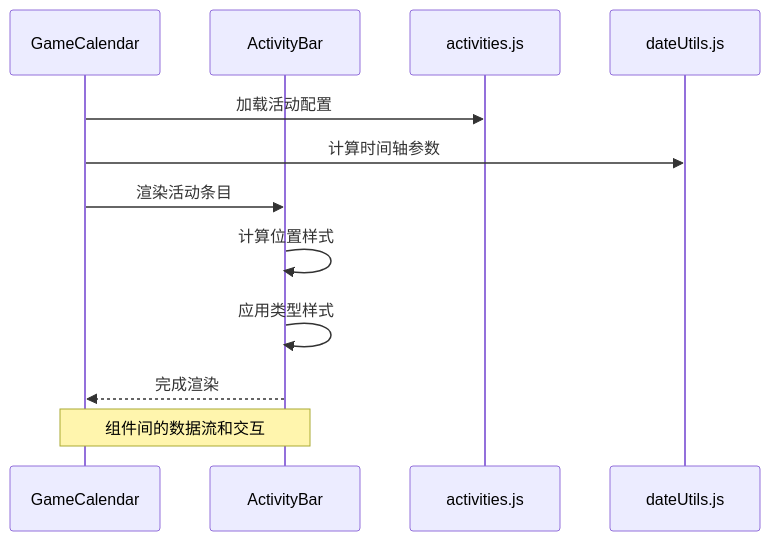
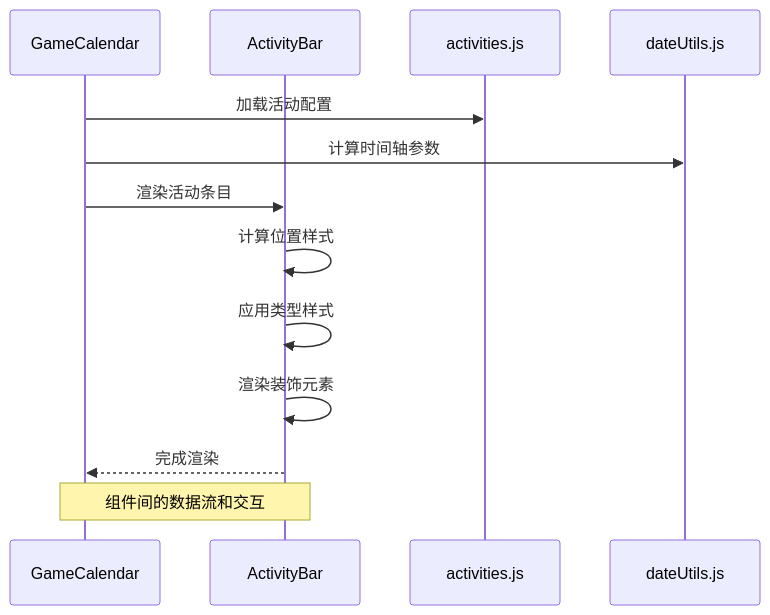
One commit to xuanyulingnfeg/gameCalendar changed the second of 7 diagrams in .qoder/repowiki/zh/content/核心组件/ActivityBar 活动条目组件.md. Above: the diagram before and after it, drawn with Mermaid. The commit also changed other lines of this file and 7 other files, not shown here.

````diff
--- a/.qoder/repowiki/zh/content/核心组件/ActivityBar 活动条目组件.md
+++ b/.qoder/repowiki/zh/content/核心组件/ActivityBar 活动条目组件.md
@@ -115,14 +129,15 @@
 ```mermaid
 sequenceDiagram
 participant GC as GameCalendar
 participant AB as ActivityBar
 participant AC as activities.js
 participant DU as dateUtils.js
 GC->>AC : 加载活动配置
 GC->>DU : 计算时间轴参数
 GC->>AB : 渲染活动条目
 AB->>AB : 计算位置样式
 AB->>AB : 应用类型样式
+AB->>AB : 渲染装饰元素
 AB-->>GC : 完成渲染
 Note over GC,AB : 组件间的数据流和交互
 ```
````
